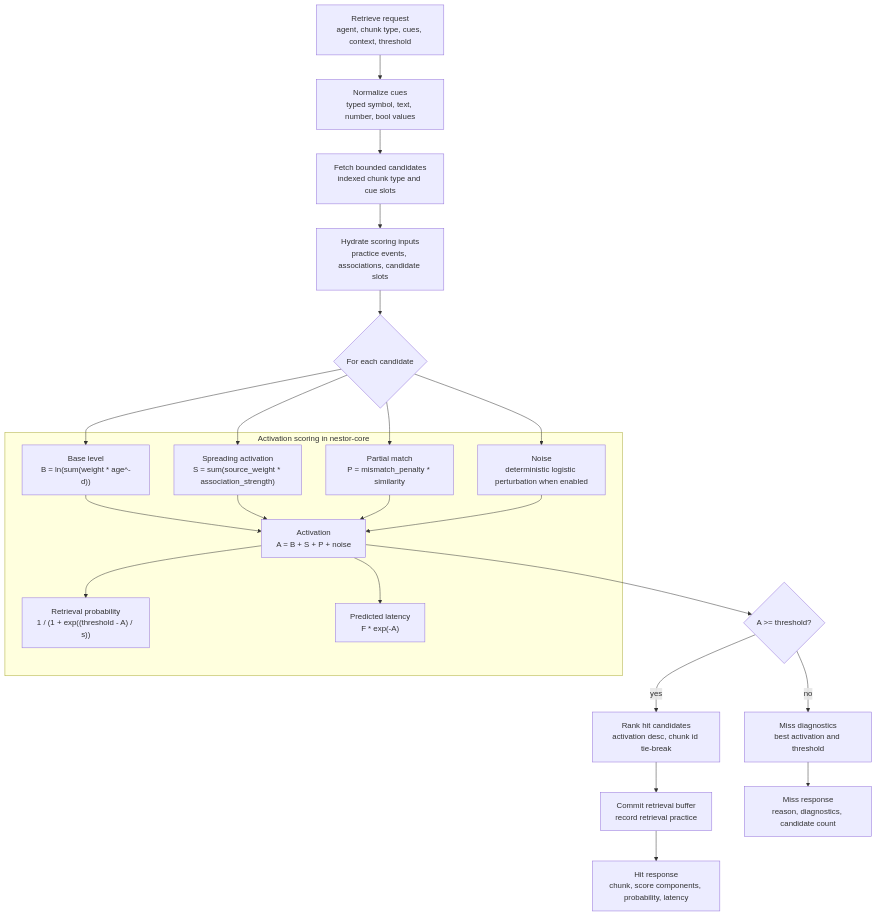
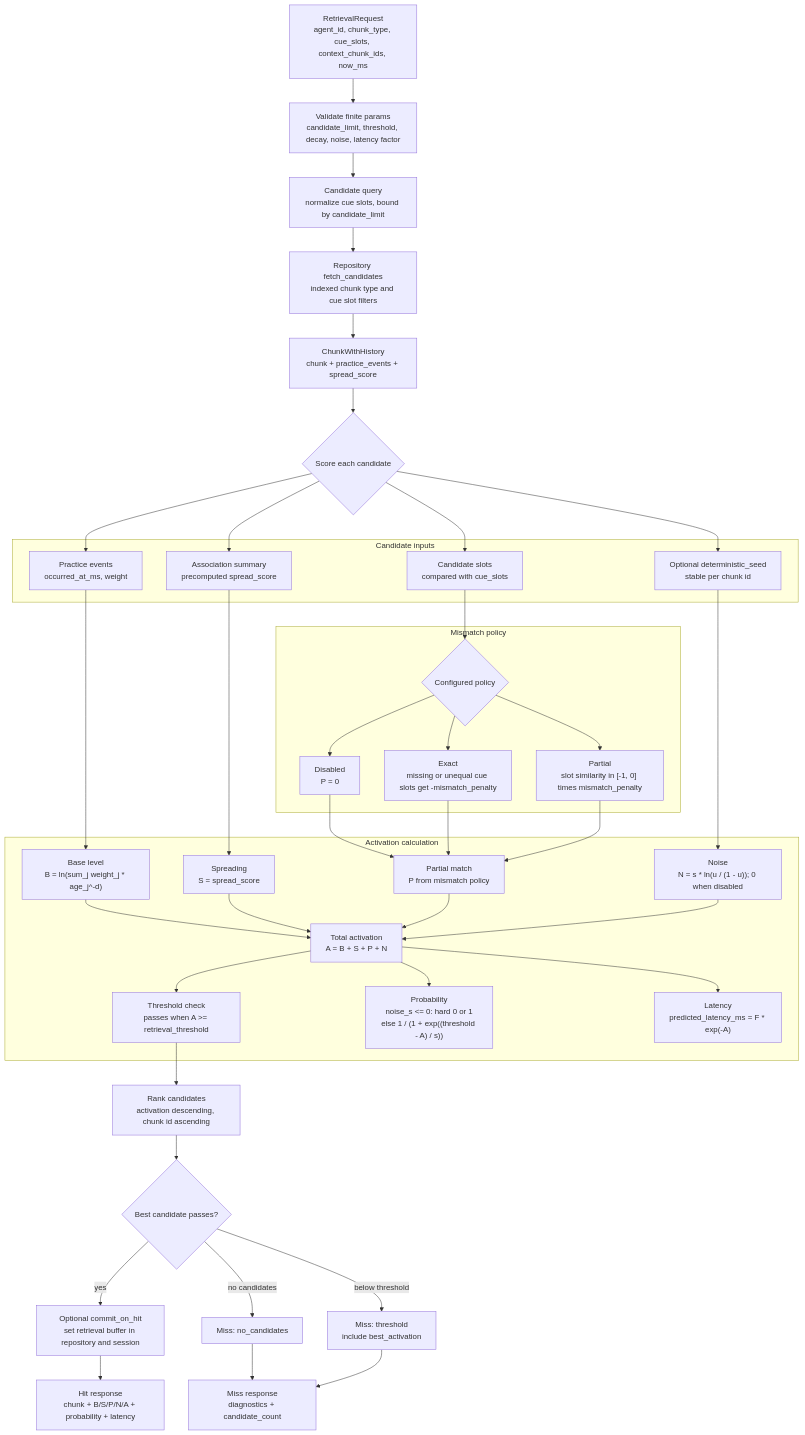
One commit to mgwilt/agent-memory changed the second of 2 diagrams in docs/architecture.md. Above: the diagram before and after it, drawn with Mermaid. The commit also changed other lines of this file, not shown here.

Commit message:
docs: detail retrieval scoring flow

````diff
--- a/docs/architecture.md
+++ b/docs/architecture.md
@@ -116,35 +117,57 @@
 ```mermaid
 flowchart TD
-  Request["Retrieve request<br/>agent, chunk type, cues, context, threshold"] --> Normalize["Normalize cues<br/>typed symbol, text, number, bool values"]
-  Normalize --> Candidates["Fetch bounded candidates<br/>indexed chunk type and cue slots"]
-  Candidates --> Hydrate["Hydrate scoring inputs<br/>practice events, associations, candidate slots"]
-  Hydrate --> Each{"For each candidate"}
+  Request["RetrievalRequest<br/>agent_id, chunk_type, cue_slots, context_chunk_ids, now_ms"] --> Validate["Validate finite params<br/>candidate_limit, threshold, decay, noise, latency factor"]
+  Validate --> Query["Candidate query<br/>normalize cue slots, bound by candidate_limit"]
+  Query --> Fetch["Repository fetch_candidates<br/>indexed chunk type and cue slot filters"]
+  Fetch --> Candidate["ChunkWithHistory<br/>chunk + practice_events + spread_score"]
+  Candidate --> Loop{"Score each candidate"}
 
-  subgraph Score["Activation scoring in nestor-core"]
-    Base["Base level<br/>B = ln(sum(weight * age^-d))"]
-    Spread["Spreading activation<br/>S = sum(source_weight * association_strength)"]
-    Partial["Partial match<br/>P = mismatch_penalty * similarity"]
-    Noise["Noise<br/>deterministic logistic perturbation when enabled"]
-    Total["Activation<br/>A = B + S + P + noise"]
-    Probability["Retrieval probability<br/>1 / (1 + exp((threshold - A) / s))"]
-    Latency["Predicted latency<br/>F * exp(-A)"]
+  subgraph Inputs["Candidate inputs"]
+    Events["Practice events<br/>occurred_at_ms, weight"]
+    SpreadInput["Association summary<br/>precomputed spread_score"]
+    Slots["Candidate slots<br/>compared with cue_slots"]
+    Seed["Optional deterministic_seed<br/>stable per chunk id"]
   end
 
-  Each --> Base
-  Each --> Spread
-  Each --> Partial
-  Each --> Noise
+  subgraph Match["Mismatch policy"]
+    Policy{"Configured policy"}
+    Disabled["Disabled<br/>P = 0"]
+    Exact["Exact<br/>missing or unequal cue slots get -mismatch_penalty"]
+    Partial["Partial<br/>slot similarity in [-1, 0] times mismatch_penalty"]
+  end
+
+  subgraph Activation["Activation calculation"]
+    Base["Base level<br/>B = ln(sum_j weight_j * age_j^-d)"]
+    Spread["Spreading<br/>S = spread_score"]
+    PartialScore["Partial match<br/>P from mismatch policy"]
+    Noise["Noise<br/>N = s * ln(u / (1 - u)); 0 when disabled"]
+    Total["Total activation<br/>A = B + S + P + N"]
+    Pass["Threshold check<br/>passes when A >= retrieval_threshold"]
+    Probability["Probability<br/>noise_s <= 0: hard 0 or 1<br/>else 1 / (1 + exp((threshold - A) / s))"]
+    Latency["Latency<br/>predicted_latency_ms = F * exp(-A)"]
+  end
+
+  Loop --> Events --> Base
+  Loop --> SpreadInput --> Spread
+  Loop --> Slots --> Policy
+  Policy --> Disabled --> PartialScore
+  Policy --> Exact --> PartialScore
+  Policy --> Partial --> PartialScore
+  Loop --> Seed --> Noise
   Base --> Total
   Spread --> Total
-  Partial --> Total
+  PartialScore --> Total
   Noise --> Total
+  Total --> Pass
   Total --> Probability
   Total --> Latency
-  Total --> Threshold{"A >= threshold?"}
 
-  Threshold -->|yes| Rank["Rank hit candidates<br/>activation desc, chunk id tie-break"]
-  Threshold -->|no| Miss["Miss diagnostics<br/>best activation and threshold"]
-  Rank --> Commit["Commit retrieval buffer<br/>record retrieval practice"]
-  Commit --> HitResponse["Hit response<br/>chunk, score components, probability, latency"]
-  Miss --> MissResponse["Miss response<br/>reason, diagnostics, candidate count"]
+  Pass --> Ranked["Rank candidates<br/>activation descending, chunk id ascending"]
+  Ranked --> Best{"Best candidate passes?"}
+  Best -->|yes| Commit["Optional commit_on_hit<br/>set retrieval buffer in repository and session"]
+  Best -->|no candidates| NoCandidates["Miss: no_candidates"]
+  Best -->|below threshold| ThresholdMiss["Miss: threshold<br/>include best_activation"]
+  Commit --> Hit["Hit response<br/>chunk + B/S/P/N/A + probability + latency"]
+  NoCandidates --> Miss["Miss response<br/>diagnostics + candidate_count"]
+  ThresholdMiss --> Miss
 ```
````
